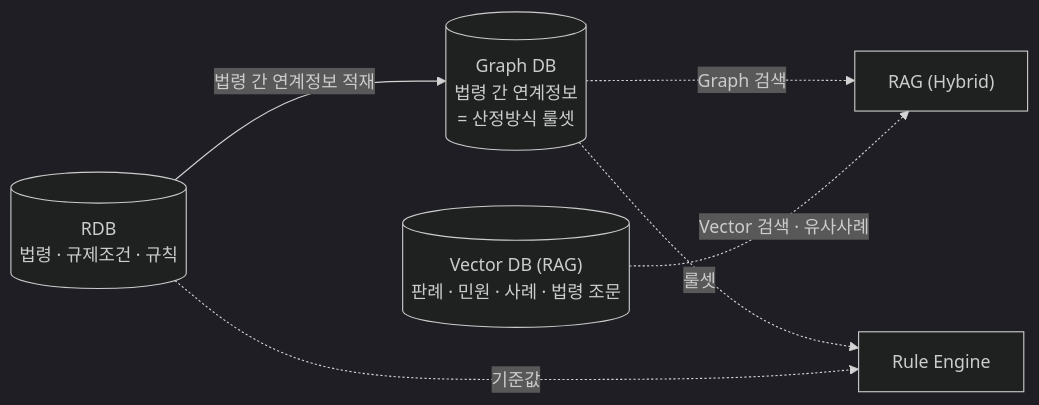
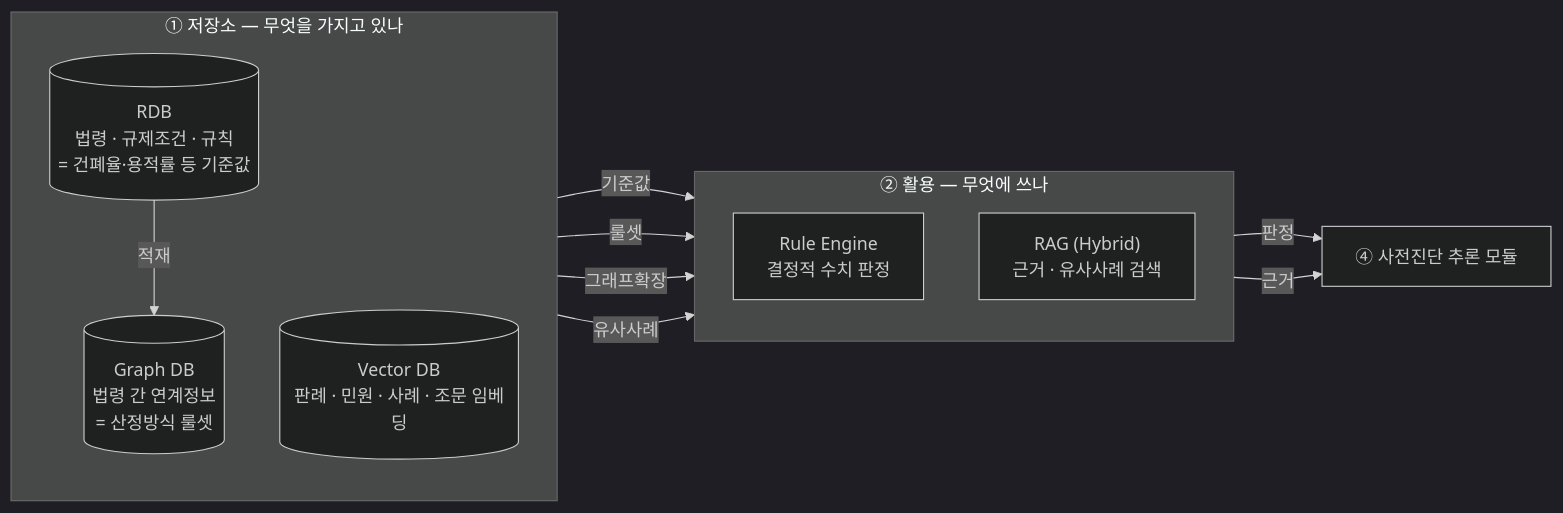
One commit to madlrengg100/permit-copilot changed the second of 7 diagrams in docs/MCP-AGENT-SEQUENCE1.md. Above: the diagram before and after it, drawn with Mermaid (dark theme). The commit also changed other lines of this file, not shown here.

Commit message:
docs(MCP-AGENT-SEQUENCE1): DB 연계도·온톨로지·ReAct 기능순서·용어 정리

````diff
--- a/docs/MCP-AGENT-SEQUENCE1.md
+++ b/docs/MCP-AGENT-SEQUENCE1.md
@@ -45,12 +49,24 @@
 ```mermaid
 flowchart LR
-    RDB[("RDB<br/>법령 · 규제조건 · 규칙")]
-    GDB[("Graph DB<br/>법령 간 연계정보<br/>= 산정방식 룰셋")]
-    VDB[("Vector DB (RAG)<br/>판례 · 민원 · 사례 · 법령 조문")]
+    subgraph 저장["① 저장소 — 무엇을 가지고 있나"]
+      direction TB
+      RDB[("RDB<br/>법령 · 규제조건 · 규칙<br/>= 건폐율·용적률 등 기준값")]
+      GDB[("Graph DB<br/>법령 간 연계정보<br/>= 산정방식 룰셋")]
+      VDB[("Vector DB<br/>판례 · 민원 · 사례 · 조문 임베딩")]
+      RDB -->|적재| GDB
+    end
 
-    RDB -->|법령 간 연계정보 적재| GDB
-    GDB -.->|Graph 검색| RAG["RAG (Hybrid)"]
-    VDB -.->|Vector 검색 · 유사사례| RAG
-    GDB -.->|룰셋| RE["Rule Engine"]
-    RDB -.->|기준값| RE
+    subgraph 활용["② 활용 — 무엇에 쓰나"]
+      direction TB
+      RE["Rule Engine<br/>결정적 수치 판정"]
+      RAG["RAG (Hybrid)<br/>근거 · 유사사례 검색"]
+    end
+
+    RDB -->|기준값| RE
+    GDB -->|룰셋| RE
+    GDB -->|그래프확장| RAG
+    VDB -->|유사사례| RAG
+
+    RE -->|판정| AG["④ 사전진단 추론 모듈"]
+    RAG -->|근거| AG
 ```
````
